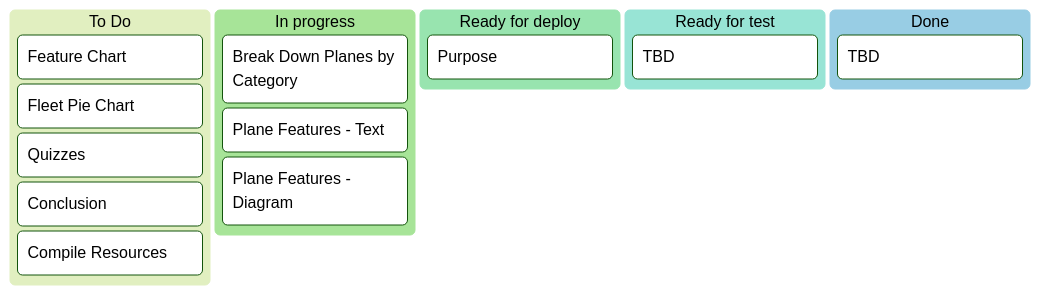
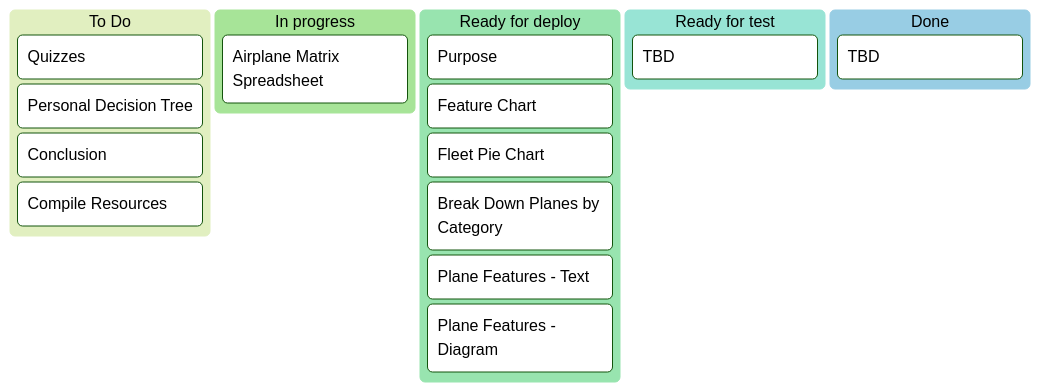
Before and after one commit to Bailey-Wu/Bailey-Wu: the first of 3 diagrams in Dashboard.md, drawn with Mermaid (forest theme).

````diff
--- a/Dashboard.md
+++ b/Dashboard.md
@@ -8,19 +8,21 @@
 ```mermaid
 kanban
   [To Do]
-    [Feature Chart]
-    [Fleet Pie Chart]
     [Quizzes]
+    [Personal Decision Tree]
     [Conclusion]
     [Compile Resources]
   [In progress]
+    [Airplane Matrix Spreadsheet]
+  [Ready for deploy]
+    [Purpose]
+    [Feature Chart]
+    [Fleet Pie Chart]
     [Break Down Planes by Category]
     [Plane Features - Text]
     [Plane Features - Diagram]
-  [Ready for deploy]
-    [Purpose]
   [Ready for test]
     [TBD]
   [Done]
     [TBD]
 ```
````
